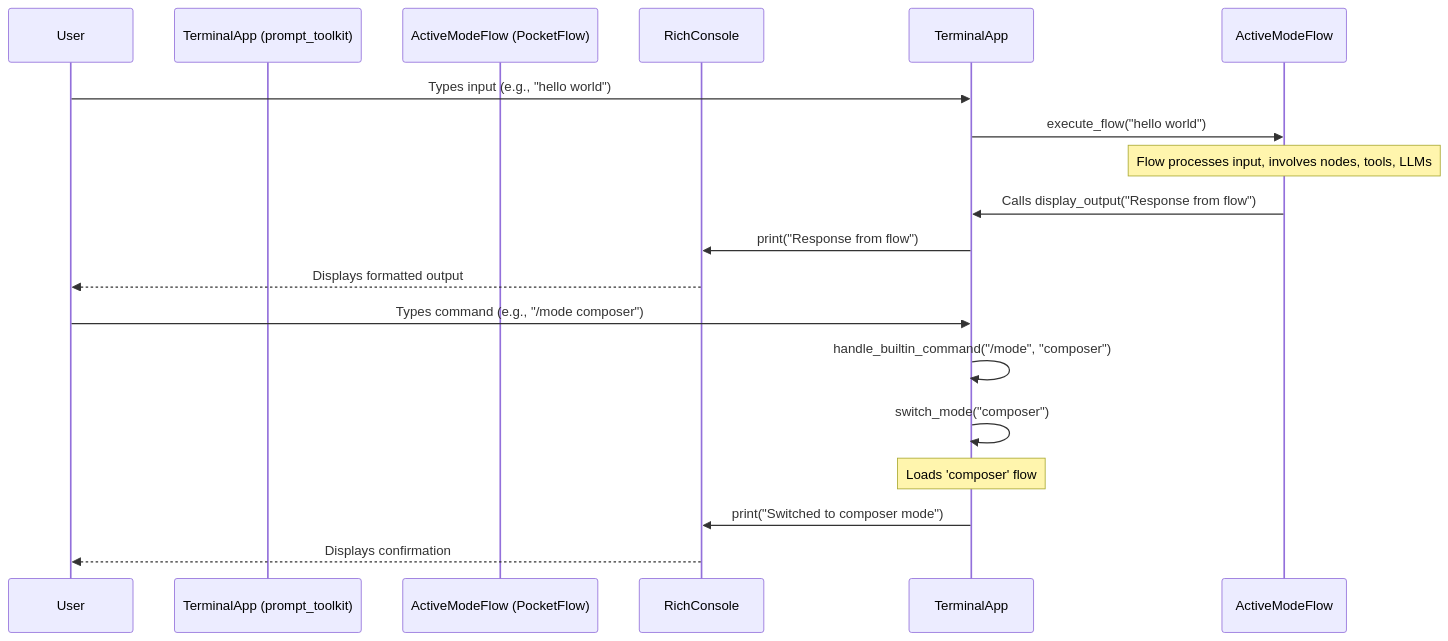
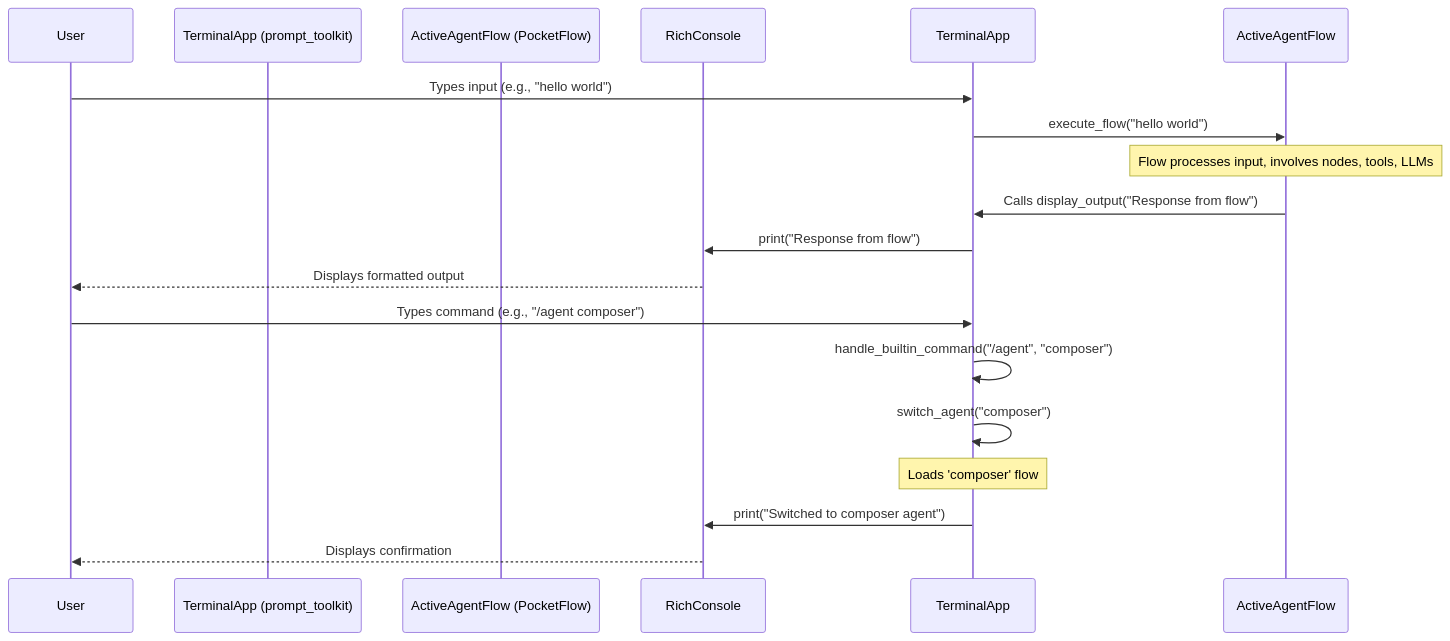
One commit to petarkabashki/pocket-commander changed the diagram in docs/terminal_interface_plan.md. Above: the diagram before and after it, drawn with Mermaid. The commit also changed other lines of this file and 53 other files, not shown here.

Commit message:
tools, command, pub/sub

````diff
--- a/docs/terminal_interface_plan.md
+++ b/docs/terminal_interface_plan.md
@@ -142,21 +142,21 @@
 ```mermaid
 sequenceDiagram
     participant User
     participant TerminalApp (prompt_toolkit)
-    participant ActiveModeFlow (PocketFlow)
+    participant ActiveAgentFlow (PocketFlow)
     participant RichConsole
 
     User->>TerminalApp: Types input (e.g., "hello world")
-    TerminalApp->>ActiveModeFlow: execute_flow("hello world")
-    Note over ActiveModeFlow: Flow processes input, involves nodes, tools, LLMs
-    ActiveModeFlow->>TerminalApp: Calls display_output("Response from flow")
+    TerminalApp->>ActiveAgentFlow: execute_flow("hello world")
+    Note over ActiveAgentFlow: Flow processes input, involves nodes, tools, LLMs
+    ActiveAgentFlow->>TerminalApp: Calls display_output("Response from flow")
     TerminalApp->>RichConsole: print("Response from flow")
     RichConsole-->>User: Displays formatted output
 
-    User->>TerminalApp: Types command (e.g., "/mode composer")
-    TerminalApp->>TerminalApp: handle_builtin_command("/mode", "composer")
-    TerminalApp->>TerminalApp: switch_mode("composer")
+    User->>TerminalApp: Types command (e.g., "/agent composer")
+    TerminalApp->>TerminalApp: handle_builtin_command("/agent", "composer")
+    TerminalApp->>TerminalApp: switch_agent("composer")
     Note over TerminalApp: Loads 'composer' flow
-    TerminalApp->>RichConsole: print("Switched to composer mode")
+    TerminalApp->>RichConsole: print("Switched to composer agent")
     RichConsole-->>User: Displays confirmation
 ```
````
